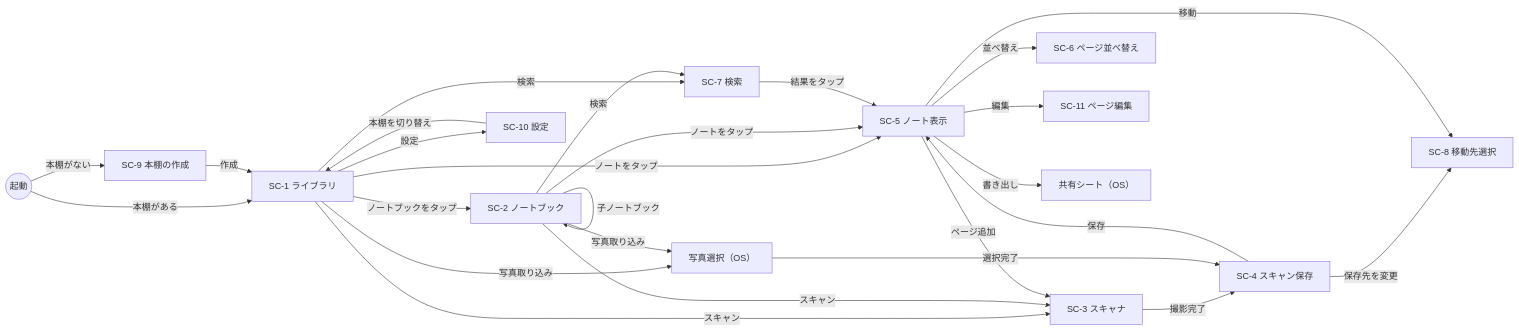
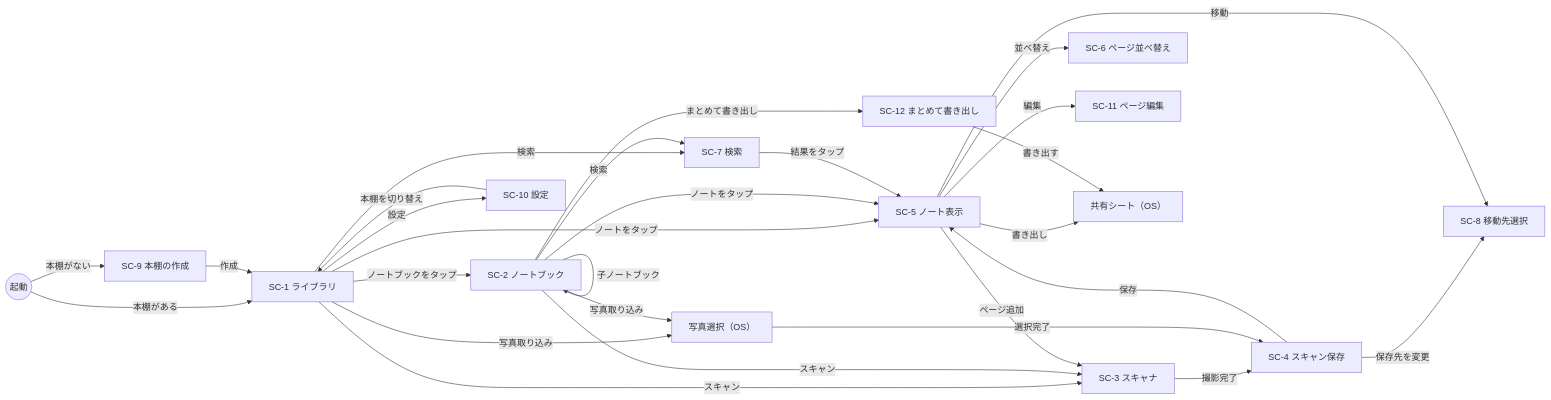
Before and after one commit to SasaBranch/Leaves: the second of 7 diagrams in docs/02_basic-design/basic-design.md, drawn with Mermaid. The commit also changed other lines of this file, not shown here.

````diff
--- a/docs/02_basic-design/basic-design.md
+++ b/docs/02_basic-design/basic-design.md
@@ -211,24 +213,26 @@
 ```mermaid
 flowchart LR
   SC1["SC-1 ライブラリ"] -->|ノートブックをタップ| SC2["SC-2 ノートブック"]
   SC2 -->|子ノートブック| SC2
   SC1 & SC2 -->|ノートをタップ| SC5["SC-5 ノート表示"]
   SC1 & SC2 -->|スキャン| SC3["SC-3 スキャナ"]
   SC1 & SC2 -->|写真取り込み| PICK["写真選択（OS）"]
   SC3 -->|撮影完了| SC4["SC-4 スキャン保存"]
   PICK -->|選択完了| SC4
   SC4 -->|保存| SC5
   SC4 -->|保存先を変更| SC8["SC-8 移動先選択"]
   SC1 & SC2 -->|検索| SC7["SC-7 検索"]
   SC7 -->|結果をタップ| SC5
   SC5 -->|並べ替え| SC6["SC-6 ページ並べ替え"]
   SC5 -->|ページ追加| SC3
   SC5 -->|移動| SC8
   SC5 -->|編集| SC11["SC-11 ページ編集"]
   SC5 -->|書き出し| SHARE["共有シート（OS）"]
+  SC2 -->|まとめて書き出し| SC12["SC-12 まとめて書き出し"]
+  SC12 -->|書き出す| SHARE
   START(("起動")) -->|本棚がない| SC9["SC-9 本棚の作成"]
   START -->|本棚がある| SC1
   SC9 -->|作成| SC1
   SC1 -->|設定| SC10["SC-10 設定"]
   SC10 -->|本棚を切り替え| SC1
 ```
````
